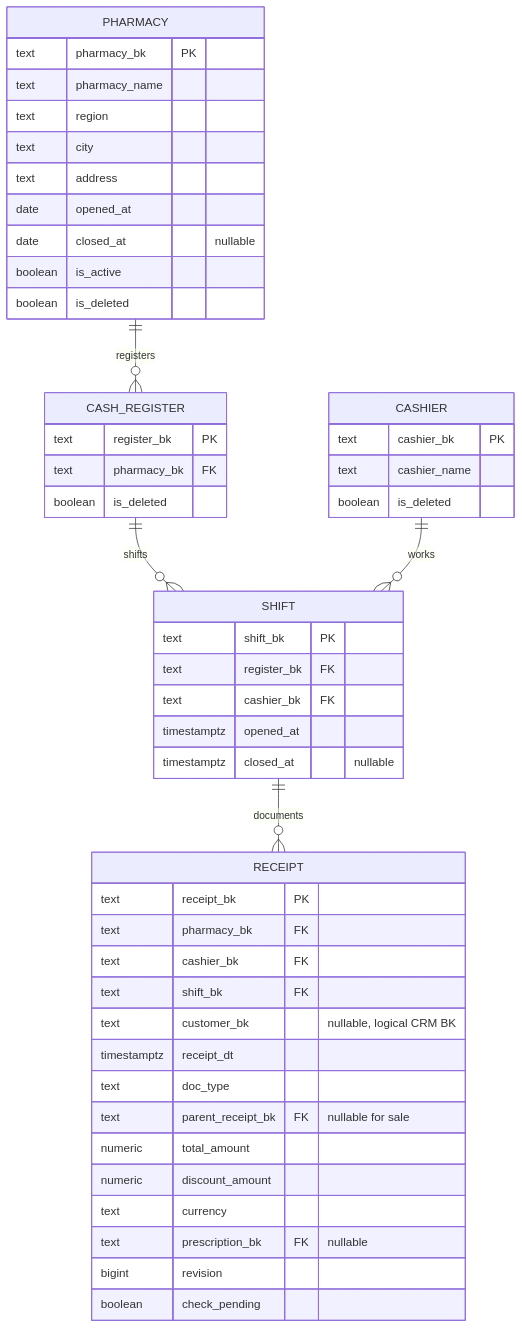
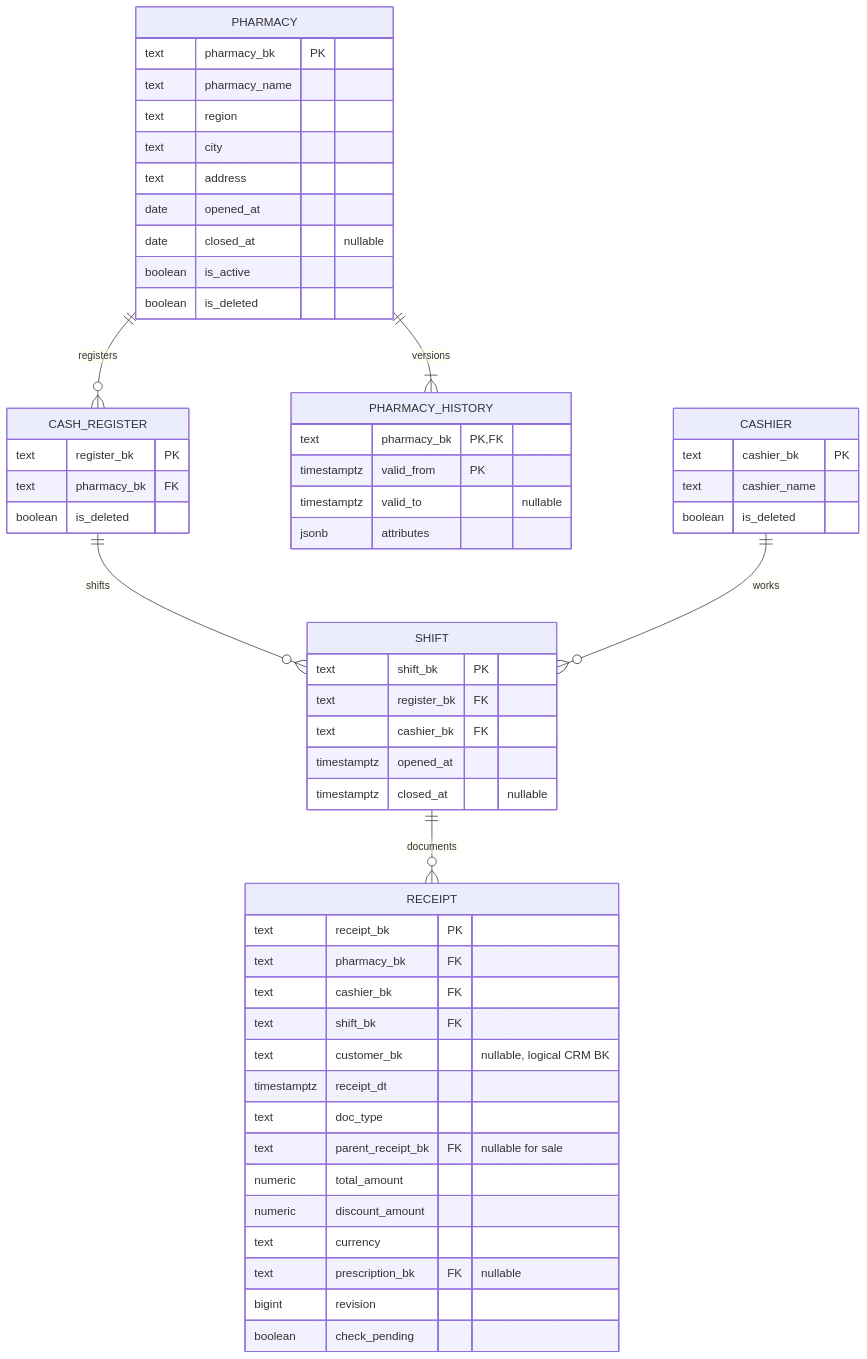
Before and after one commit to alexey077/dwh: the first of 3 diagrams in docs/erd/pos.md, drawn with Mermaid. The commit also changed other lines of this file and 4 other files, not shown here.

````diff
--- a/docs/erd/pos.md
+++ b/docs/erd/pos.md
@@ -5,51 +5,58 @@
 ```mermaid
 erDiagram
     PHARMACY ||--o{ CASH_REGISTER : registers
+    PHARMACY ||--|{ PHARMACY_HISTORY : versions
     CASH_REGISTER ||--o{ SHIFT : shifts
     CASHIER ||--o{ SHIFT : works
     SHIFT ||--o{ RECEIPT : documents
     PHARMACY {
         text pharmacy_bk PK
         text pharmacy_name
         text region
         text city
         text address
         date opened_at
         date closed_at "nullable"
         boolean is_active
         boolean is_deleted
+    }
+    PHARMACY_HISTORY {
+        text pharmacy_bk PK,FK
+        timestamptz valid_from PK
+        timestamptz valid_to "nullable"
+        jsonb attributes
     }
     CASH_REGISTER {
         text register_bk PK
         text pharmacy_bk FK
         boolean is_deleted
     }
     CASHIER {
         text cashier_bk PK
         text cashier_name
         boolean is_deleted
     }
     SHIFT {
         text shift_bk PK
         text register_bk FK
         text cashier_bk FK
         timestamptz opened_at
         timestamptz closed_at "nullable"
     }
     RECEIPT {
         text receipt_bk PK
         text pharmacy_bk FK
         text cashier_bk FK
         text shift_bk FK
         text customer_bk "nullable, logical CRM BK"
         timestamptz receipt_dt
         text doc_type
         text parent_receipt_bk FK "nullable for sale"
         numeric total_amount
         numeric discount_amount
         text currency
         text prescription_bk FK "nullable"
         bigint revision
         boolean check_pending
     }
 ```
````
